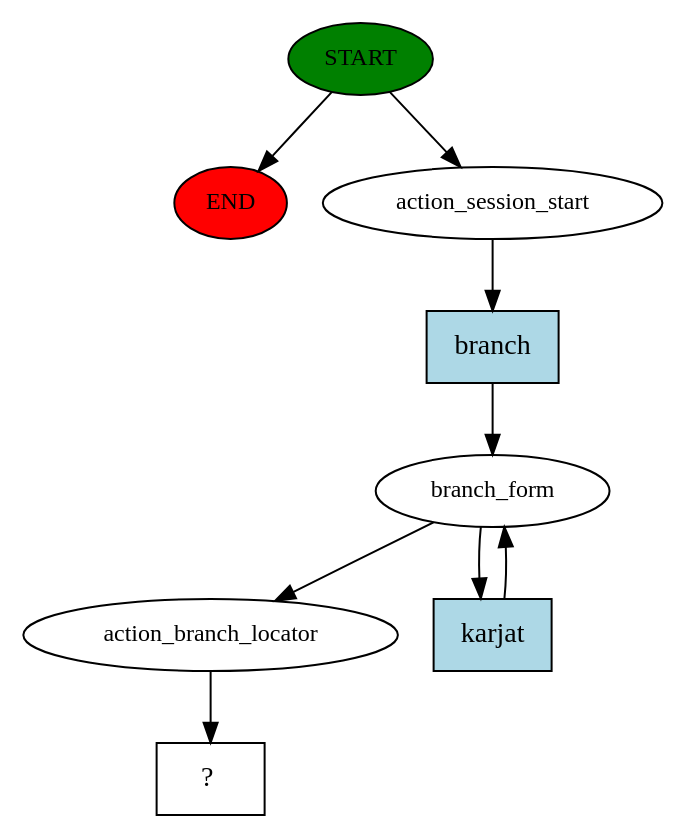
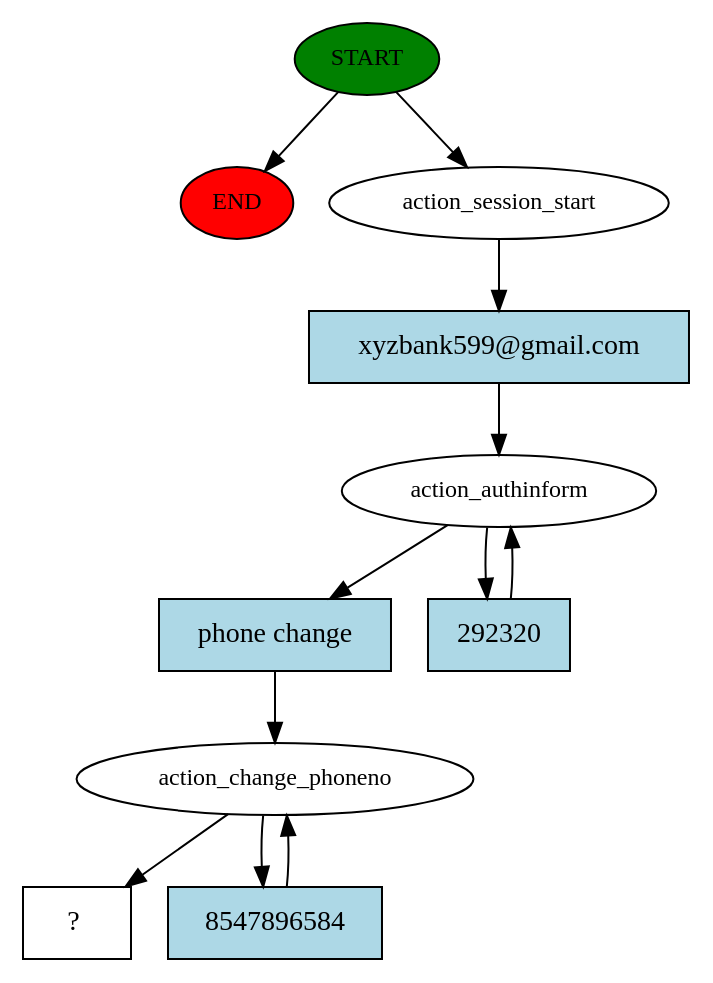
Before and after one commit to Atharv157/RasaDjangoChatbot: the diagram in rasa/story_graph.dot, drawn with Graphviz. The commit also changed 15 other files, not shown here.

```diff
--- a/rasa/story_graph.dot
+++ b/rasa/story_graph.dot
@@ -1,18 +1,23 @@
 digraph  {
 0 [class="start active", fillcolor=green, fontsize=12, label=START, style=filled];
 "-1" [class=end, fillcolor=red, fontsize=12, label=END, style=filled];
 1 [class=active, fontsize=12, label=action_session_start];
-2 [class=active, fontsize=12, label=branch_form];
-4 [class=active, fontsize=12, label=action_branch_locator];
-5 [class="intent dashed active", label="  ?  ", shape=rect];
-6 [class="intent active", fillcolor=lightblue, label=branch, shape=rect, style=filled];
-7 [class="intent active", fillcolor=lightblue, label=karjat, shape=rect, style=filled];
+2 [class=active, fontsize=12, label=action_authinform];
+4 [class=active, fontsize=12, label=action_change_phoneno];
+6 [class="intent dashed active", label="  ?  ", shape=rect];
+7 [class="intent active", fillcolor=lightblue, label="xyzbank599@gmail.com", shape=rect, style=filled];
+8 [class="intent active", fillcolor=lightblue, label="phone change", shape=rect, style=filled];
+9 [class="intent active", fillcolor=lightblue, label=292320, shape=rect, style=filled];
+10 [class="intent active", fillcolor=lightblue, label=8547896584, shape=rect, style=filled];
 0 -> "-1"  [class="", key=NONE, label=""];
 0 -> 1  [class=active, key=NONE, label=""];
-1 -> 6  [class=active, key=0];
-2 -> 4  [class=active, key=NONE, label=""];
-2 -> 7  [class=active, key=0];
-4 -> 5  [class=active, key=NONE, label=""];
-6 -> 2  [class=active, key=0];
+1 -> 7  [class=active, key=0];
+2 -> 8  [class=active, key=0];
+2 -> 9  [class=active, key=0];
+4 -> 6  [class=active, key=NONE, label=""];
+4 -> 10  [class=active, key=0];
 7 -> 2  [class=active, key=0];
+8 -> 4  [class=active, key=0];
+9 -> 2  [class=active, key=0];
+10 -> 4  [class=active, key=0];
 }
```
